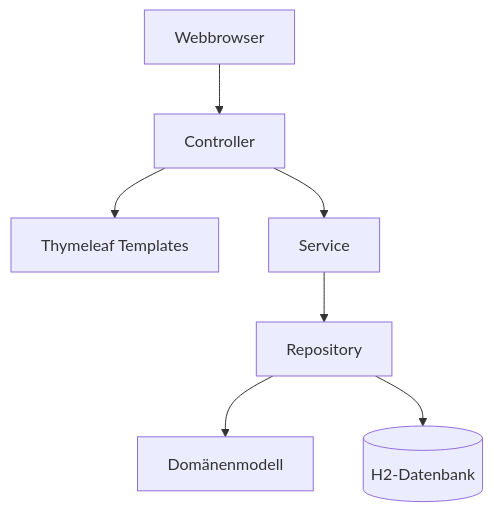
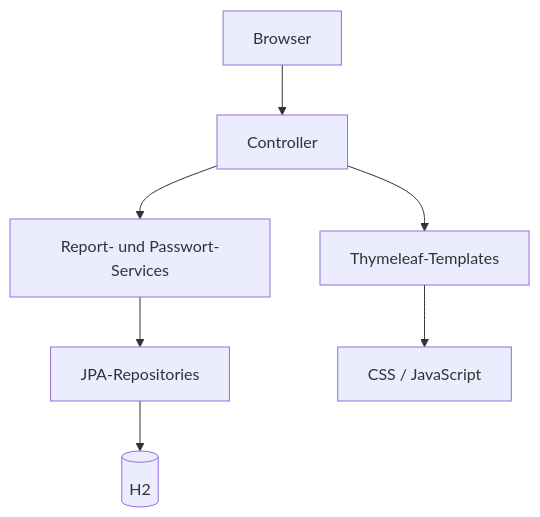
The second of 2 diagrams in docs/arch/README.md (luisacordes2002-droid/Projekt-1-), drawn with Mermaid before and after one commit. The commit also changed other lines of this file and 21 other files, not shown here.

````diff
--- a/docs/arch/README.md
+++ b/docs/arch/README.md
@@ -83,9 +59,9 @@
 ```mermaid
-flowchart TD
-    B[Webbrowser] --> C[Controller]
-    C --> V[Thymeleaf Templates]
-    C --> S[Service]
-    S --> R[Repository]
-    R --> M[Domänenmodell]
-    R --> DB[(H2-Datenbank)]
+flowchart TB
+    B["Browser"] --> C["Controller"]
+    C --> S["Report- und Passwort-Services"]
+    S --> P["JPA-Repositories"]
+    P --> H[("H2")]
+    C --> T["Thymeleaf-Templates"]
+    T --> A["CSS / JavaScript"]
 ```
````
